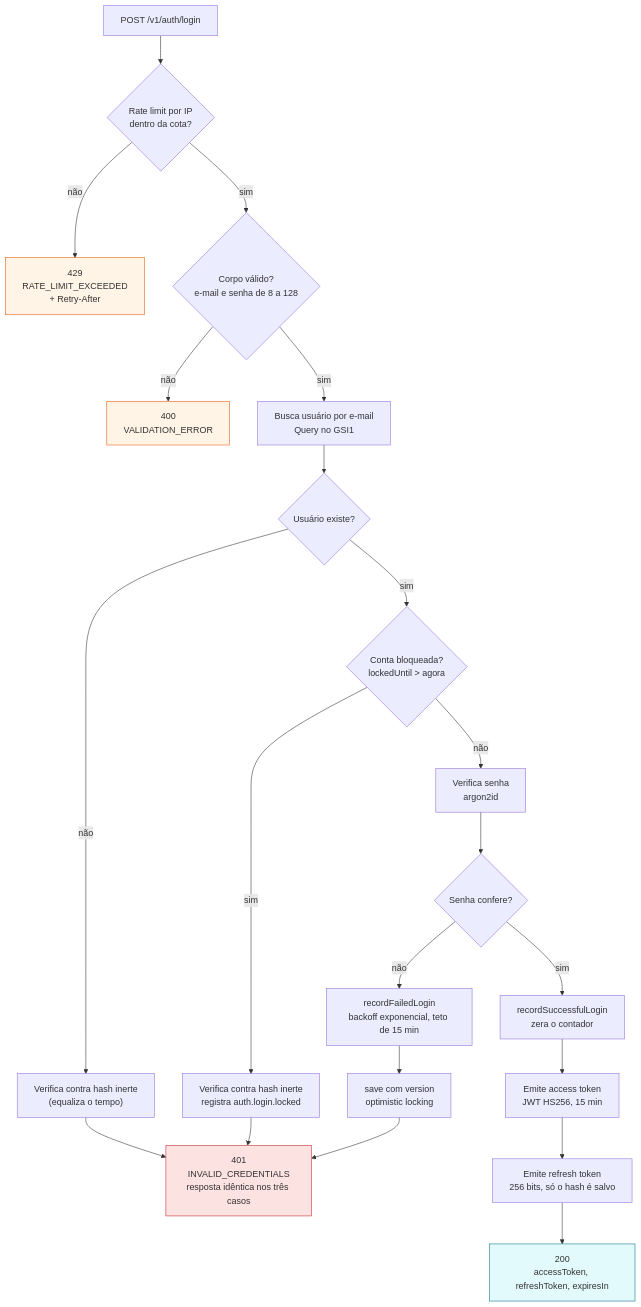
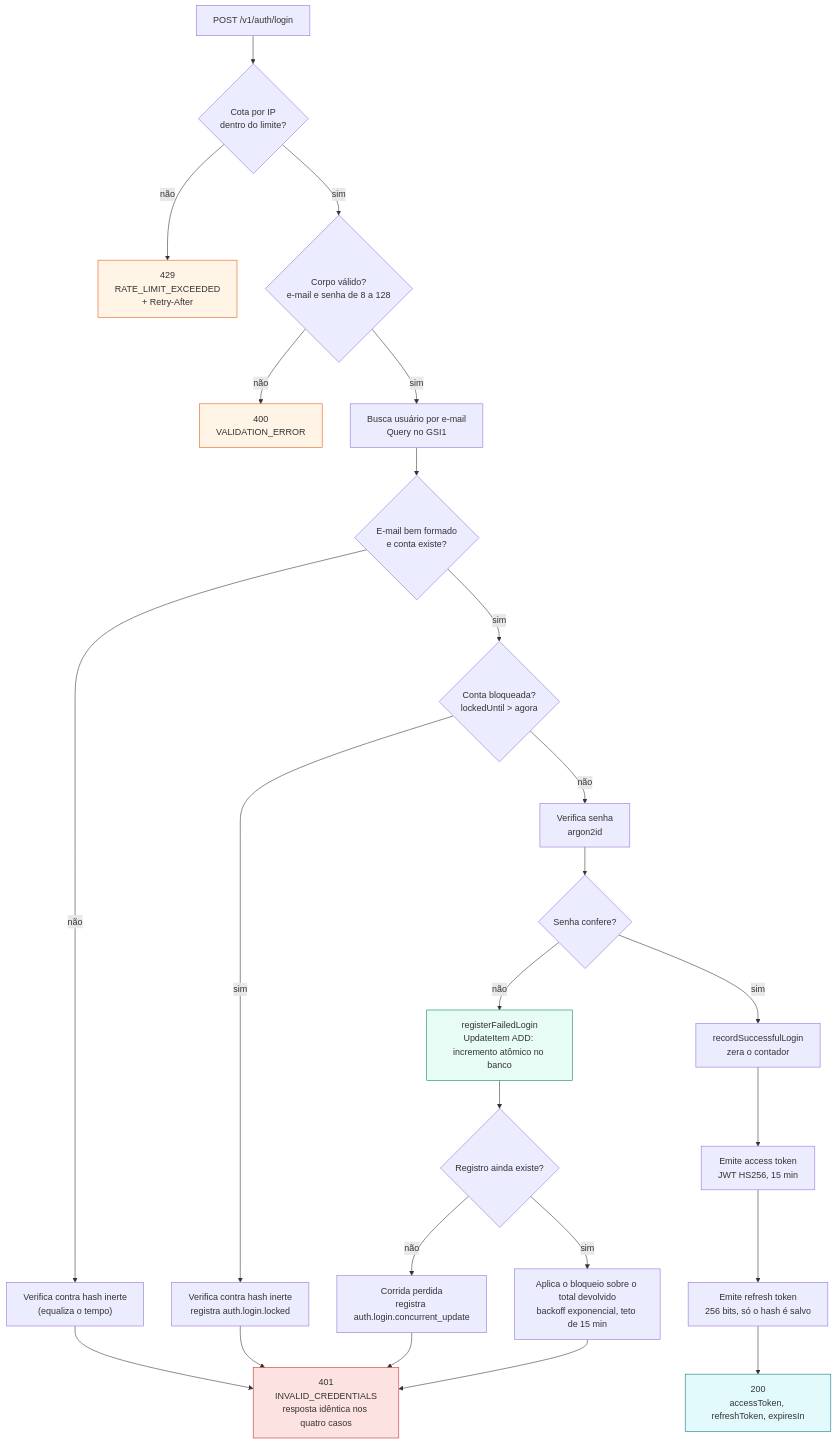
The diagram in docs/diagrams/01-login.md (Eduardobl123/ton-swe-challenge-eduardo), drawn with Mermaid before and after one commit. The commit also changed other lines of this file and 3 other files, not shown here.

First line of the commit message:
docs(diagrams): alinha os quatro diagramas ao código das issues 9, 10 e 13

````diff
--- a/docs/diagrams/01-login.md
+++ b/docs/diagrams/01-login.md
@@ -16,35 +20,39 @@
 ```mermaid
 flowchart TD
-    A["POST /v1/auth/login"] --> B{"Rate limit por IP<br/>dentro da cota?"}
+    A["POST /v1/auth/login"] --> B{"Cota por IP<br/>dentro do limite?"}
     B -- não --> R429["429<br/>RATE_LIMIT_EXCEEDED<br/>+ Retry-After"]
     B -- sim --> C{"Corpo válido?<br/>e-mail e senha de 8 a 128"}
     C -- não --> R400["400<br/>VALIDATION_ERROR"]
     C -- sim --> D["Busca usuário por e-mail<br/>Query no GSI1"]
 
-    D --> E{"Usuário existe?"}
+    D --> E{"E-mail bem formado<br/>e conta existe?"}
     E -- não --> F["Verifica contra hash inerte<br/>(equaliza o tempo)"]
     F --> R401
 
     E -- sim --> G{"Conta bloqueada?<br/>lockedUntil > agora"}
     G -- sim --> H["Verifica contra hash inerte<br/>registra auth.login.locked"]
     H --> R401
 
     G -- não --> I["Verifica senha<br/>argon2id"]
     I --> J{"Senha confere?"}
 
-    J -- não --> K["recordFailedLogin<br/>backoff exponencial, teto de 15 min"]
-    K --> L["save com version<br/>optimistic locking"]
-    L --> R401
+    J -- não --> K["registerFailedLogin<br/>UpdateItem ADD: incremento atômico no banco"]
+    K --> K2{"Registro ainda existe?"}
+    K2 -- não --> K3["Corrida perdida<br/>registra auth.login.concurrent_update"]
+    K3 --> R401
+    K2 -- sim --> K4["Aplica o bloqueio sobre o total devolvido<br/>backoff exponencial, teto de 15 min"]
+    K4 --> R401
 
     J -- sim --> M["recordSuccessfulLogin<br/>zera o contador"]
     M --> N["Emite access token<br/>JWT HS256, 15 min"]
     N --> O["Emite refresh token<br/>256 bits, só o hash é salvo"]
     O --> R200["200<br/>accessToken, refreshToken, expiresIn"]
 
-    R401["401<br/>INVALID_CREDENTIALS<br/>resposta idêntica nos três casos"]
+    R401["401<br/>INVALID_CREDENTIALS<br/>resposta idêntica nos quatro casos"]
 
+    style K fill:#e6fcf5,stroke:#087f5b
     style R401 fill:#fde2e2,stroke:#c92a2a
     style R200 fill:#e3fafc,stroke:#0b7285
     style R429 fill:#fff4e6,stroke:#e8590c
     style R400 fill:#fff4e6,stroke:#e8590c
 ```
````
